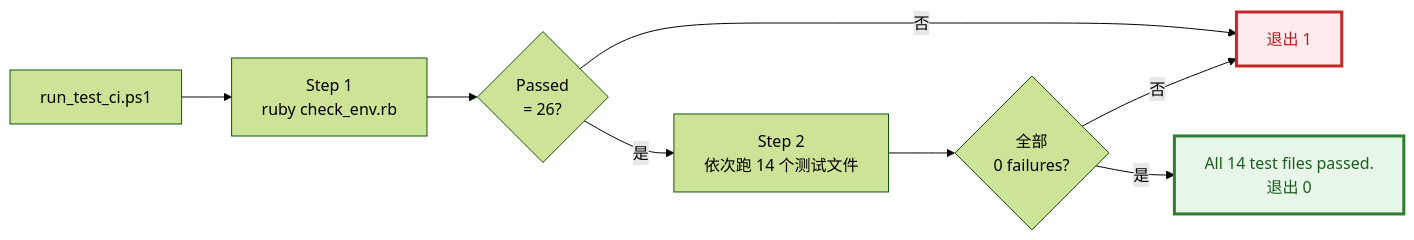
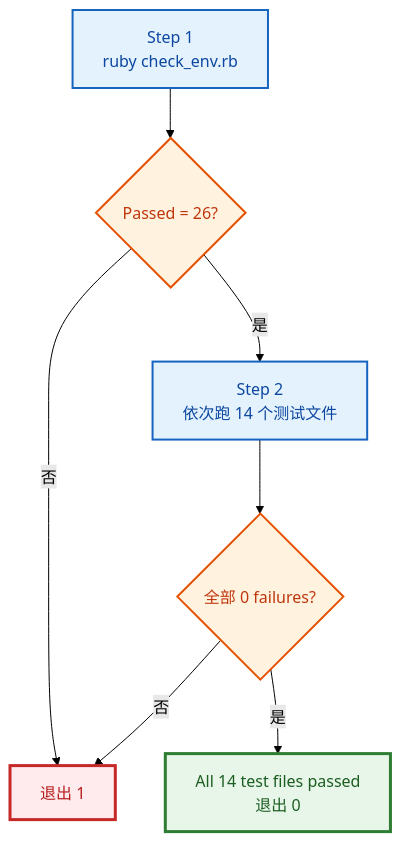
Diagram 17 of 23 in ruby/README.md (PassByYou888/LingoFuse), drawn with Mermaid (forest theme) before and after one commit. The commit also changed other lines of this file, not shown here.

````diff
--- a/ruby/README.md
+++ b/ruby/README.md
@@ -807,15 +1203,19 @@
 ```mermaid
-flowchart LR
-    Start["run_test_ci.ps1"] --> Step1["Step 1<br/>ruby check_env.rb"]
-    Step1 --> Check1{"Passed<br/>= 26?"}
-    Check1 -- "否" --> Exit1["退出 1"]
-    Check1 -- "是" --> Step2["Step 2<br/>依次跑 14 个测试文件"]
-    Step2 --> Check2{"全部<br/>0 failures?"}
-    Check2 -- "否" --> Exit1
-    Check2 -- "是" --> Done["All 14 test files passed.<br/>退出 0"]
+flowchart TD
+    S1["Step 1<br/>ruby check_env.rb"] --> Q1{"Passed = 26?"}
+    Q1 -->|"否"| Fail["退出 1"]
+    Q1 -->|"是"| S2["Step 2<br/>依次跑 14 个测试文件"]
+    S2 --> Q2{"全部 0 failures?"}
+    Q2 -->|"否"| Fail
+    Q2 -->|"是"| Ok["All 14 test files passed<br/>退出 0"]
 
     classDef ok fill:#E8F5E9,stroke:#2E7D32,stroke-width:3px,color:#1B5E20
     classDef fail fill:#FFEBEE,stroke:#C62828,stroke-width:3px,color:#B71C1C
-    class Done ok
-    class Exit1 fail
+    classDef step fill:#E3F2FD,stroke:#1565C0,stroke-width:2px,color:#0D47A1
+    classDef check fill:#FFF3E0,stroke:#E65100,stroke-width:2px,color:#BF360C
+
+    class Ok ok
+    class Fail fail
+    class S1,S2 step
+    class Q1,Q2 check
 ```
````
